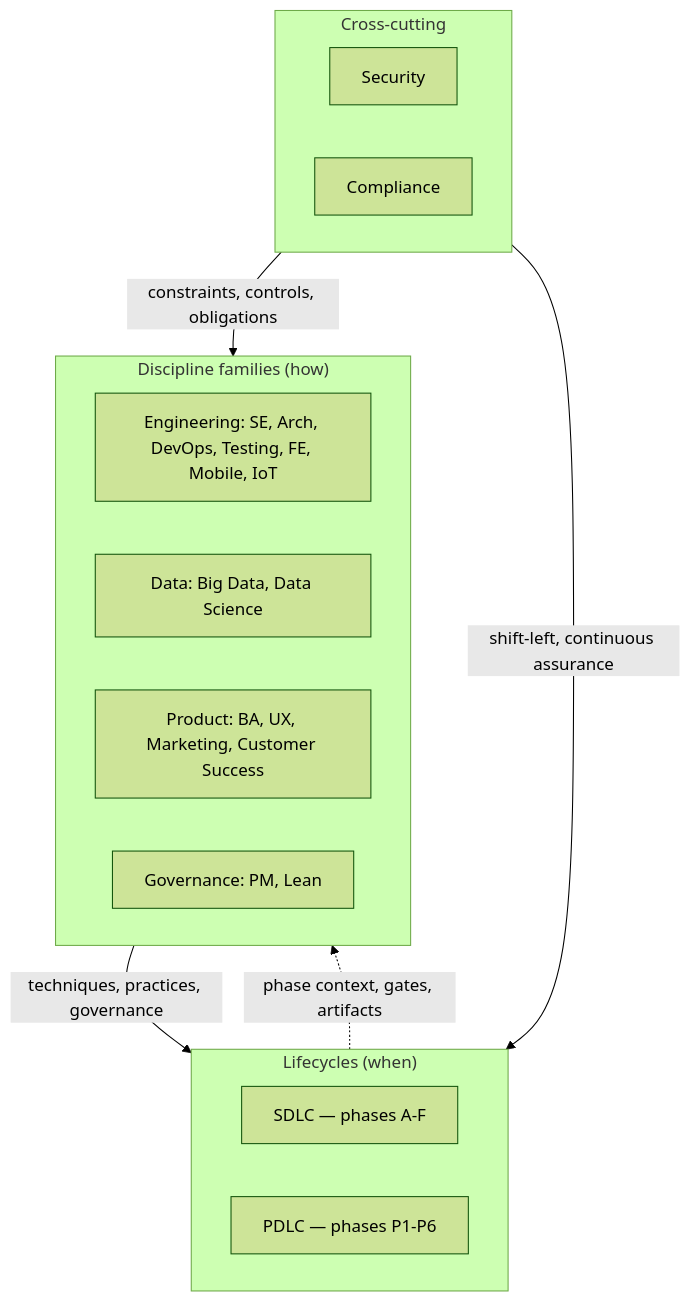
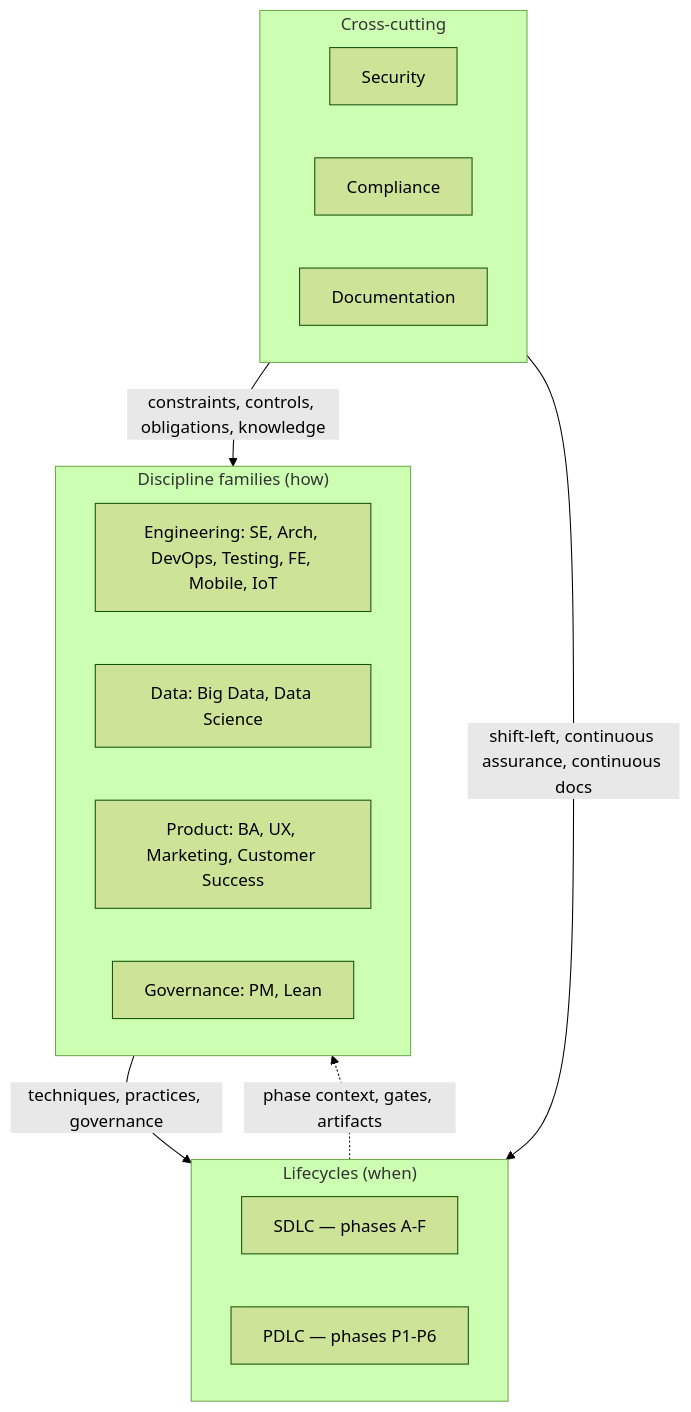
The diagram in disciplines/README.md (autowww/blueprints), drawn with Mermaid (forest theme) before and after one commit. The commit also changed other lines of this file and 163 other files, not shown here.

````diff
--- a/disciplines/README.md
+++ b/disciplines/README.md
@@ -65,24 +66,25 @@
 ```mermaid
 graph TB
   subgraph lifecycleLayer ["Lifecycles (when)"]
     SDLC["SDLC — phases A-F"]
     PDLC["PDLC — phases P1-P6"]
   end
 
   subgraph familiesLayer ["Discipline families (how)"]
     ENG["Engineering: SE, Arch, DevOps, Testing, FE, Mobile, IoT"]
     DAT["Data: Big Data, Data Science"]
     PRD["Product: BA, UX, Marketing, Customer Success"]
     GOV["Governance: PM, Lean"]
   end
 
   subgraph crossCutLayer ["Cross-cutting"]
     SEC["Security"]
     COMP["Compliance"]
+    DOC["Documentation"]
   end
 
   familiesLayer -->|"techniques, practices, governance"| lifecycleLayer
   lifecycleLayer -.->|"phase context, gates, artifacts"| familiesLayer
-  crossCutLayer -->|"constraints, controls, obligations"| familiesLayer
-  crossCutLayer -->|"shift-left, continuous assurance"| lifecycleLayer
+  crossCutLayer -->|"constraints, controls, obligations, knowledge"| familiesLayer
+  crossCutLayer -->|"shift-left, continuous assurance, continuous docs"| lifecycleLayer
 ```
````
